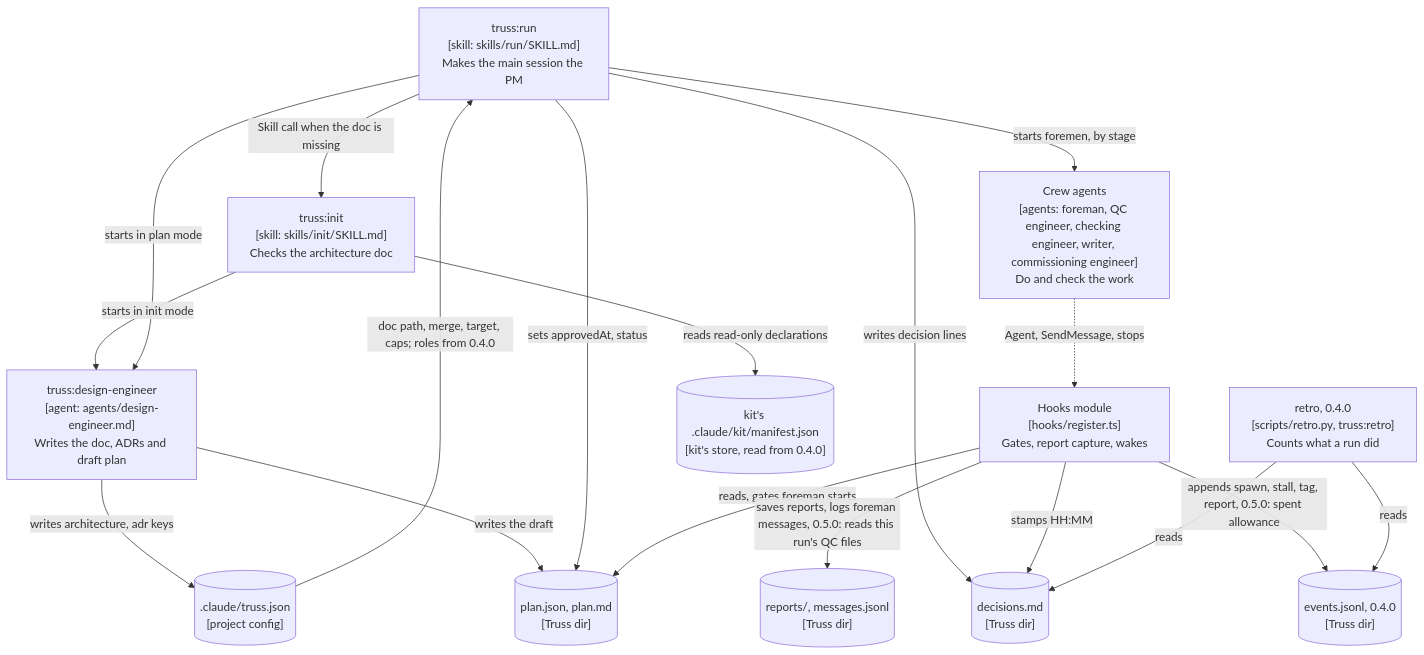
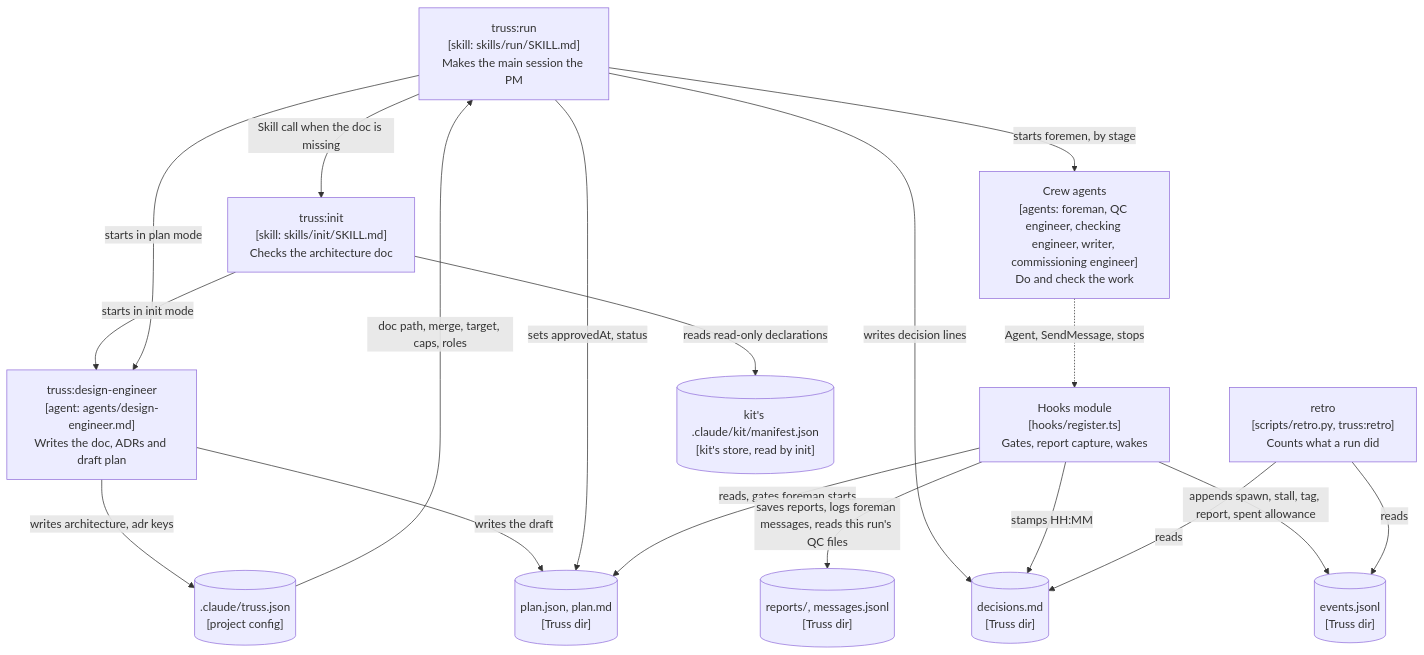
One commit to AbhiramDwivedi/truss changed the first of 23 diagrams in plugins/truss/docs/architecture.md. Above: the diagram before and after it, drawn with Mermaid. The commit also changed other lines of this file, not shown here.

First line of the commit message:
docs(architecture): state the current design only, no version markers

````diff
--- a/plugins/truss/docs/architecture.md
+++ b/plugins/truss/docs/architecture.md
@@ -37,33 +37,33 @@
 ```mermaid
 flowchart TB
   run["truss:run<br/>[skill: skills/run/SKILL.md]<br/>Makes the main session the PM"]
   init["truss:init<br/>[skill: skills/init/SKILL.md]<br/>Checks the architecture doc"]
   arch["truss:design-engineer<br/>[agent: agents/design-engineer.md]<br/>Writes the doc, ADRs and draft plan"]
   crew["Crew agents<br/>[agents: foreman, QC engineer, checking engineer, writer, commissioning engineer]<br/>Do and check the work"]
   hooks["Hooks module<br/>[hooks/register.ts]<br/>Gates, report capture, wakes"]
-  retro["retro, 0.4.0<br/>[scripts/retro.py, truss:retro]<br/>Counts what a run did"]
+  retro["retro<br/>[scripts/retro.py, truss:retro]<br/>Counts what a run did"]
   fjson[(".claude/truss.json<br/>[project config]")]
-  kitman[("kit's .claude/kit/manifest.json<br/>[kit's store, read from 0.4.0]")]
+  kitman[("kit's .claude/kit/manifest.json<br/>[kit's store, read by init]")]
   plan[("plan.json, plan.md<br/>[Truss dir]")]
   dec[("decisions.md<br/>[Truss dir]")]
-  events[("events.jsonl, 0.4.0<br/>[Truss dir]")]
+  events[("events.jsonl<br/>[Truss dir]")]
   reports[("reports/, messages.jsonl<br/>[Truss dir]")]
 
   run -->|"Skill call when the doc is missing"| init
   init -->|"reads read-only declarations"| kitman
   init -->|"starts in init mode"| arch
   arch -->|"writes architecture, adr keys"| fjson
-  fjson -->|"doc path, merge, target, caps; roles from 0.4.0"| run
+  fjson -->|"doc path, merge, target, caps, roles"| run
   run -->|"starts in plan mode"| arch
   arch -->|"writes the draft"| plan
   run -->|"sets approvedAt, status"| plan
   run -->|"starts foremen, by stage"| crew
   run -->|"writes decision lines"| dec
   crew -.->|"Agent, SendMessage, stops"| hooks
   hooks -->|"reads, gates foreman starts"| plan
-  hooks -->|"saves reports, logs foreman messages, 0.5.0: reads this run's QC files"| reports
+  hooks -->|"saves reports, logs foreman messages, reads this run's QC files"| reports
   hooks -->|"stamps HH:MM"| dec
-  hooks -->|"appends spawn, stall, tag, report, 0.5.0: spent allowance"| events
+  hooks -->|"appends spawn, stall, tag, report, spent allowance"| events
   retro -->|"reads"| events
   retro -->|"reads"| dec
 ```
````
